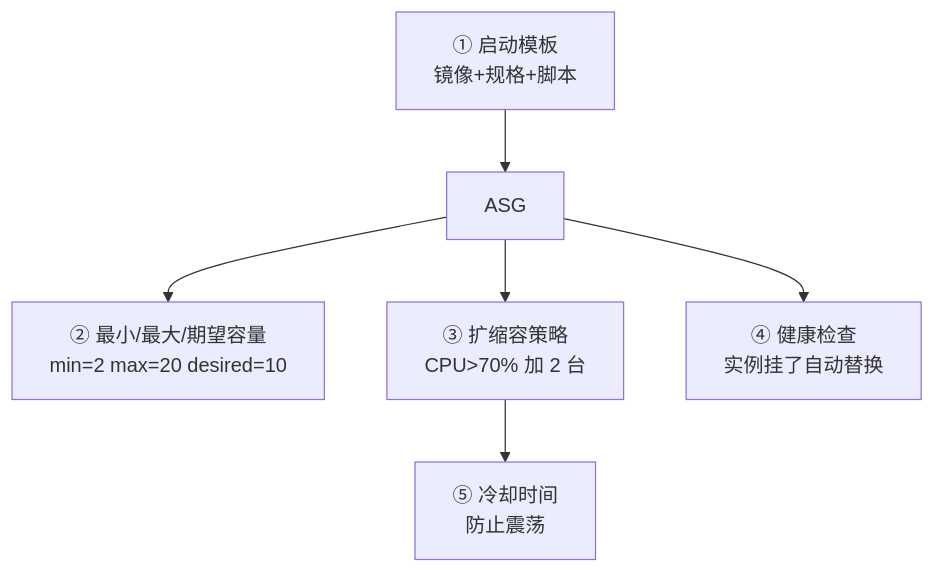
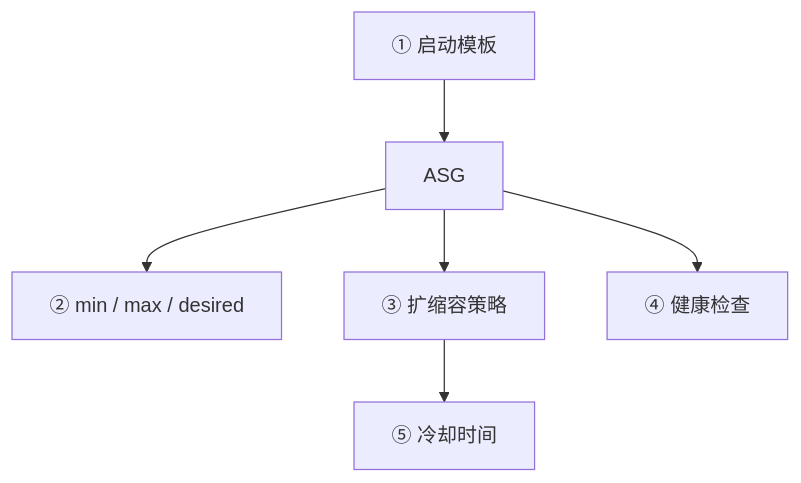
Before and after one commit to ml-cuizijun/LearnToLilith: the second of 5 diagrams in 06-云平台/02-云上计算与弹性/知识点.md, drawn with Mermaid. The commit also changed other lines of this file and 178 other files, not shown here.

````diff
--- a/06-云平台/02-云上计算与弹性/知识点.md
+++ b/06-云平台/02-云上计算与弹性/知识点.md
@@ -198,8 +177,8 @@
 ```mermaid
 flowchart TB
-    LT["① 启动模板<br/>镜像+规格+脚本"] --> ASG["ASG"]
-    ASG --> MIN["② 最小/最大/期望容量<br/>min=2 max=20 desired=10"]
-    ASG --> POLICY["③ 扩缩容策略<br/>CPU>70% 加 2 台"]
-    ASG --> HC["④ 健康检查<br/>实例挂了自动替换"]
-    POLICY --> COOLDOWN["⑤ 冷却时间<br/>防止震荡"]
+    LT["① 启动模板"] --> ASG["ASG"]
+    ASG --> CAP["② min / max / desired"]
+    ASG --> POL["③ 扩缩容策略"]
+    ASG --> HC["④ 健康检查"]
+    POL --> CD["⑤ 冷却时间"]
 ```
````
